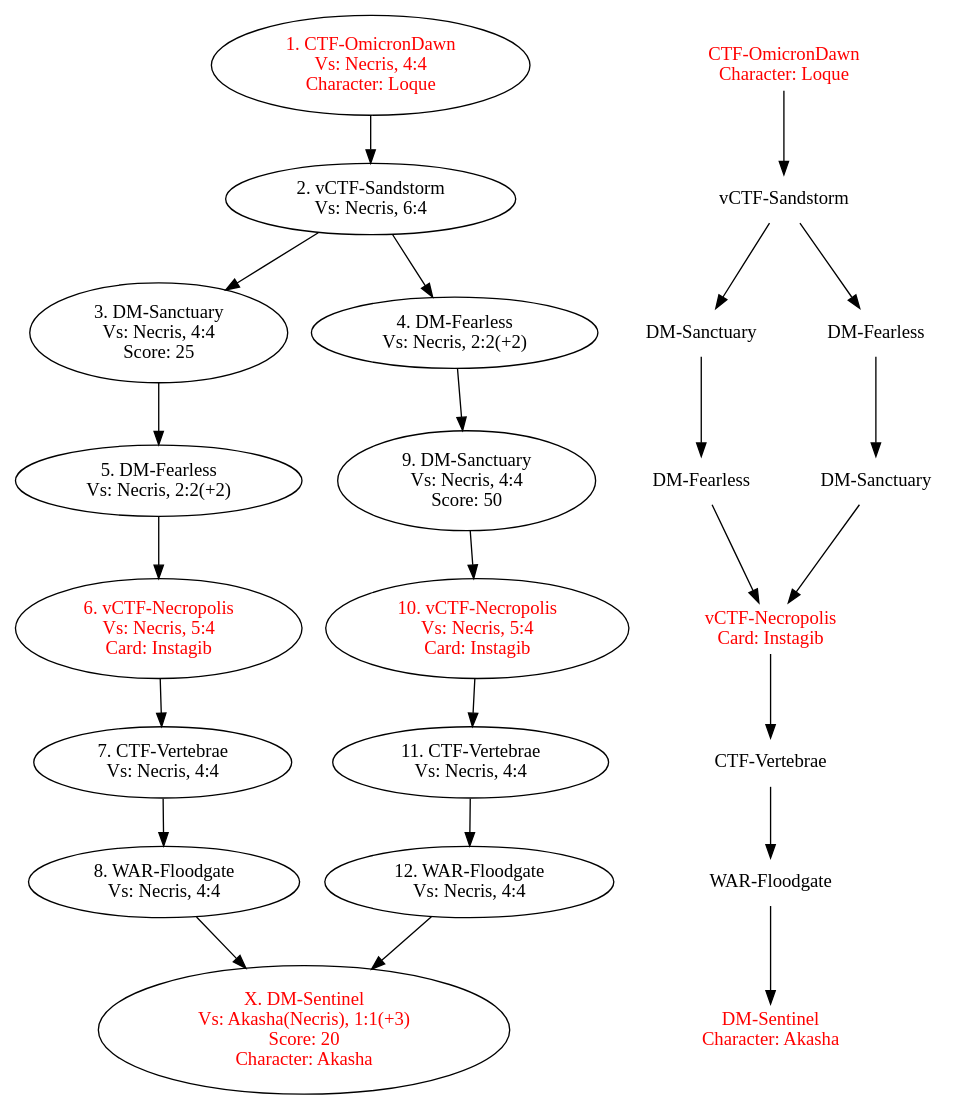
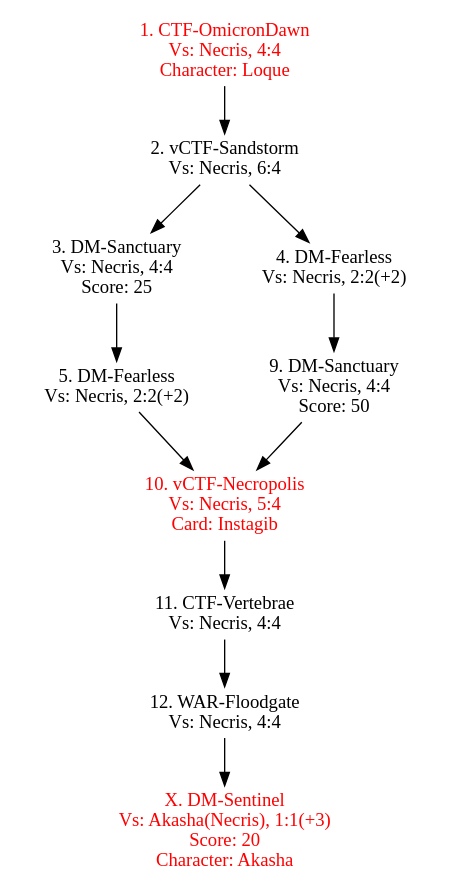
The diagram in Act5.dot (oleghab/ut3campaign), drawn with Graphviz before and after one commit.

Commit message:
Упрощён Акт 5

```diff
--- a/Act5.dot
+++ b/Act5.dot
@@ -1,70 +1,32 @@
 digraph act5 {
+    node [shape=none]
+
     map1 [label="1. CTF-OmicronDawn\nVs: Necris, 4:4\nCharacter: Loque", fontcolor="red"]
     map1 -> map2
     
     map2 [label="2. vCTF-Sandstorm\nVs: Necris, 6:4"]
     map2 -> {map3 map4}
     
     map3 [label="3. DM-Sanctuary\nVs: Necris, 4:4\nScore: 25"]
     map3 -> map5
     
     map5 [label="5. DM-Fearless\nVs: Necris, 2:2(+2)"]
-    map5 -> map6
-    
-    map6 [label="6. vCTF-Necropolis\nVs: Necris, 5:4\nCard: Instagib", fontcolor="red"]
-    map6 -> map7
-    
-    map7 [label="7. CTF-Vertebrae\nVs: Necris, 4:4"]
-    map7 -> map8
-    
-    map8 [label="8. WAR-Floodgate\nVs: Necris, 4:4"]
-    map8 -> mapX
-    
+    map5 -> map10
+
     map4 [label="4. DM-Fearless\nVs: Necris, 2:2(+2)"]
     map4 -> map9
     
     map9 [label="9. DM-Sanctuary\nVs: Necris, 4:4\nScore: 50"]
     map9 -> map10
     
     map10 [label="10. vCTF-Necropolis\nVs: Necris, 5:4\nCard: Instagib", fontcolor="red"]
     map10 -> map11
     
     map11 [label="11. CTF-Vertebrae\nVs: Necris, 4:4"]
     map11 -> map12
     
     map12 [label="12. WAR-Floodgate\nVs: Necris, 4:4"]
     map12 -> mapX
 
     mapX [label="X. DM-Sentinel\nVs: Akasha(Necris), 1:1(+3) \nScore: 20\nCharacter: Akasha", fontcolor="red"]
-
-    node [shape=none]
-
-    map101 [label="CTF-OmicronDawn\nCharacter: Loque", fontcolor="red"]
-    map101 -> map102
-    
-    map102 [label="vCTF-Sandstorm"]
-    map102 -> {route51 route52}
-    
-    route51 [label="DM-Sanctuary"]
-    route51 -> map103
-    
-    map103 [label="DM-Fearless"]
-    map103 -> back5
-    
-    route52 [label="DM-Fearless"]
-    route52 -> map104
-    
-    map104 [label="DM-Sanctuary"]
-    map104 -> back5
-    
-    back5 [label="vCTF-Necropolis\nCard: Instagib", fontcolor="red"]
-    back5 -> map105
-    
-    map105 [label="CTF-Vertebrae"]
-    map105 -> map106
-    
-    map106 [label="WAR-Floodgate"]
-    map106 -> final
-    
-    final [label="DM-Sentinel\nCharacter: Akasha", fontcolor="red"]
 }
```
